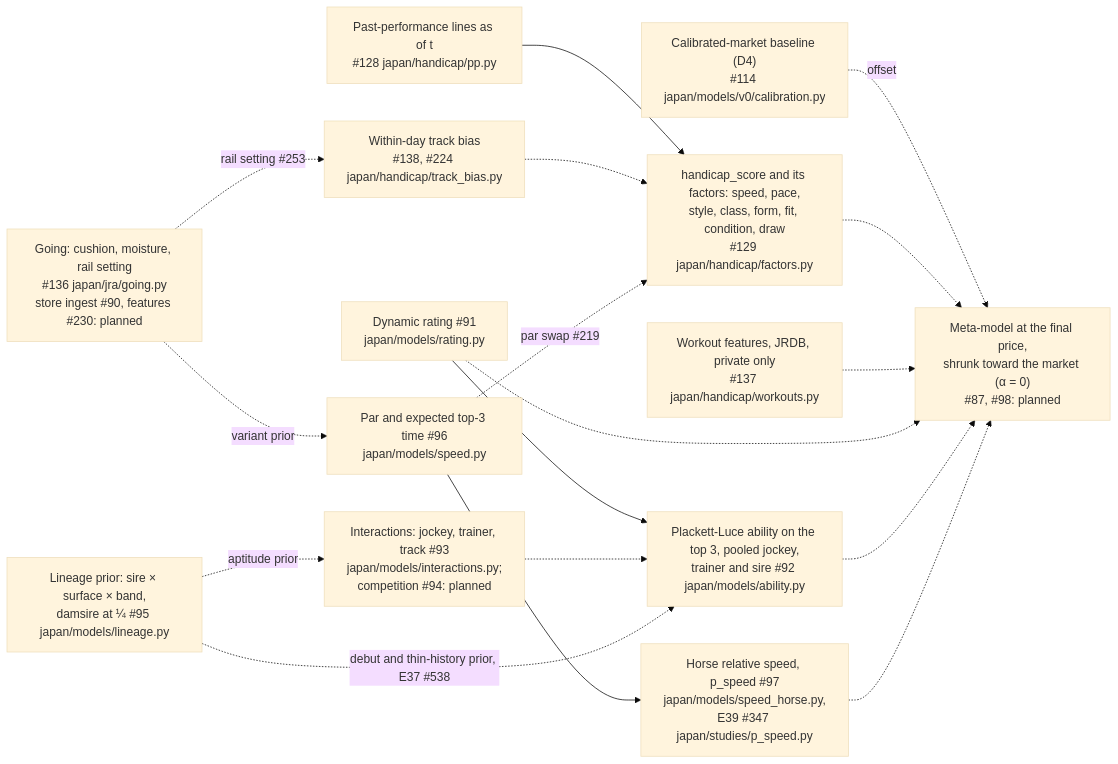
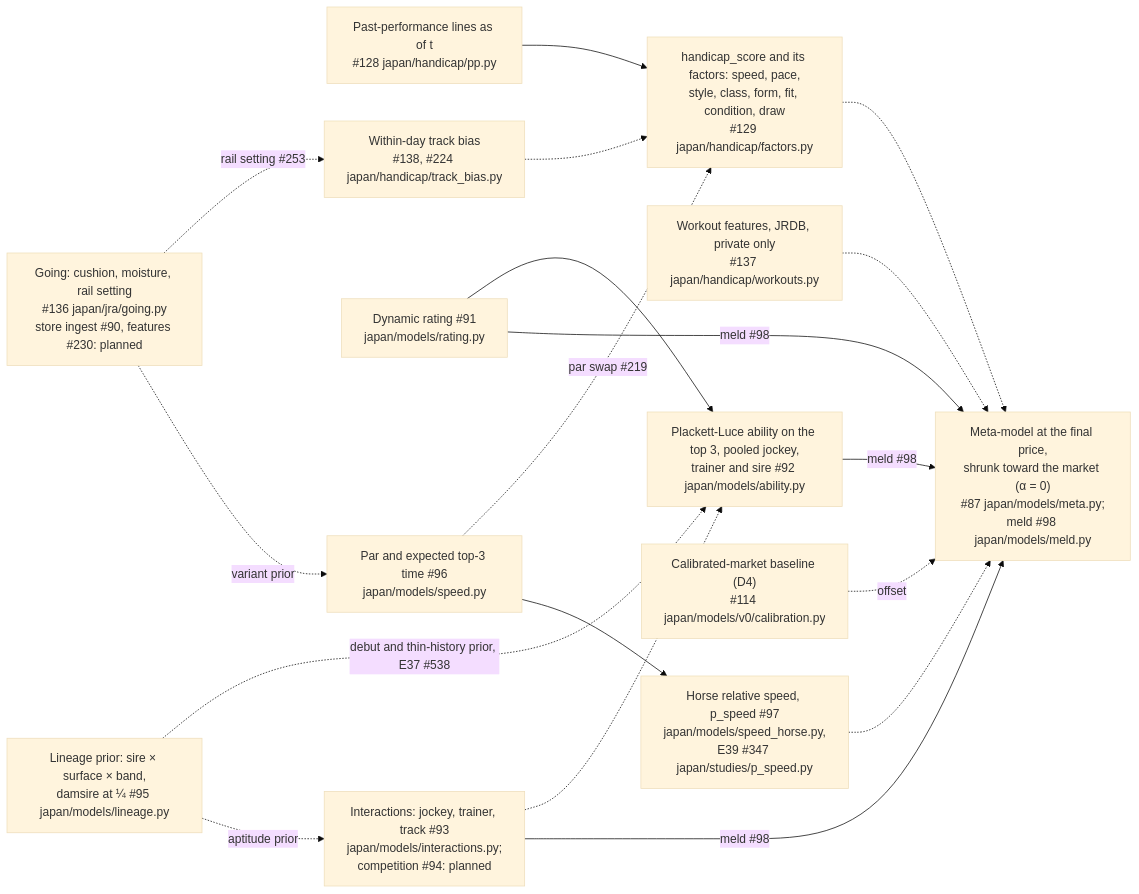
Before and after one commit to rjeskuri/HorseTrackBetting: the third of 6 diagrams in docs/modeling.md, drawn with Mermaid (base theme). The commit also changed other lines of this file and 4 other files, not shown here.

````diff
--- a/docs/modeling.md
+++ b/docs/modeling.md
@@ -142,32 +142,33 @@
 ```mermaid
 flowchart LR
     PP["Past-performance lines as of t<br/>#128 japan/handicap/pp.py"]
     HCP["handicap_score and its factors: speed, pace,<br/>style, class, form, fit, condition, draw<br/>#129 japan/handicap/factors.py"]
     WRK["Workout features, JRDB, private only<br/>#137 japan/handicap/workouts.py"]
     GOING["Going: cushion, moisture, rail setting<br/>#136 japan/jra/going.py<br/>store ingest #90, features #230: planned"]
     BIAS["Within-day track bias<br/>#138, #224 japan/handicap/track_bias.py"]
     RAT["Dynamic rating #91<br/>japan/models/rating.py"]
     INT["Interactions: jockey, trainer, track #93<br/>japan/models/interactions.py;<br/>competition #94: planned"]
     LIN["Lineage prior: sire × surface × band,<br/>damsire at ¼ #95 japan/models/lineage.py"]
     PL["Plackett-Luce ability on the top 3, pooled jockey,<br/>trainer and sire #92 japan/models/ability.py"]
     PAR["Par and expected top-3 time #96<br/>japan/models/speed.py"]
     PSPD["Horse relative speed, p_speed #97<br/>japan/models/speed_horse.py,<br/>E39 #347 japan/studies/p_speed.py"]
     MKT["Calibrated-market baseline (D4)<br/>#114 japan/models/v0/calibration.py"]
-    META["Meta-model at the final price,<br/>shrunk toward the market (α = 0)<br/>#87, #98: planned"]
+    META["Meta-model at the final price,<br/>shrunk toward the market (α = 0)<br/>#87 japan/models/meta.py;<br/>meld #98 japan/models/meld.py"]
     PP --> HCP
     BIAS -.-> HCP
     PAR -.->|"par swap #219"| HCP
     GOING -.->|"rail setting #253"| BIAS
     GOING -.->|"variant prior"| PAR
     PAR --> PSPD
     RAT --> PL
     INT -.-> PL
     LIN -.->|"debut and thin-history prior, E37 #538"| PL
     LIN -.->|"aptitude prior"| INT
     MKT -.->|"offset"| META
     HCP -.-> META
     WRK -.-> META
-    RAT -.-> META
-    PL -.-> META
+    RAT -->|"meld #98"| META
+    PL -->|"meld #98"| META
+    INT -->|"meld #98"| META
     PSPD -.-> META
 ```
````
